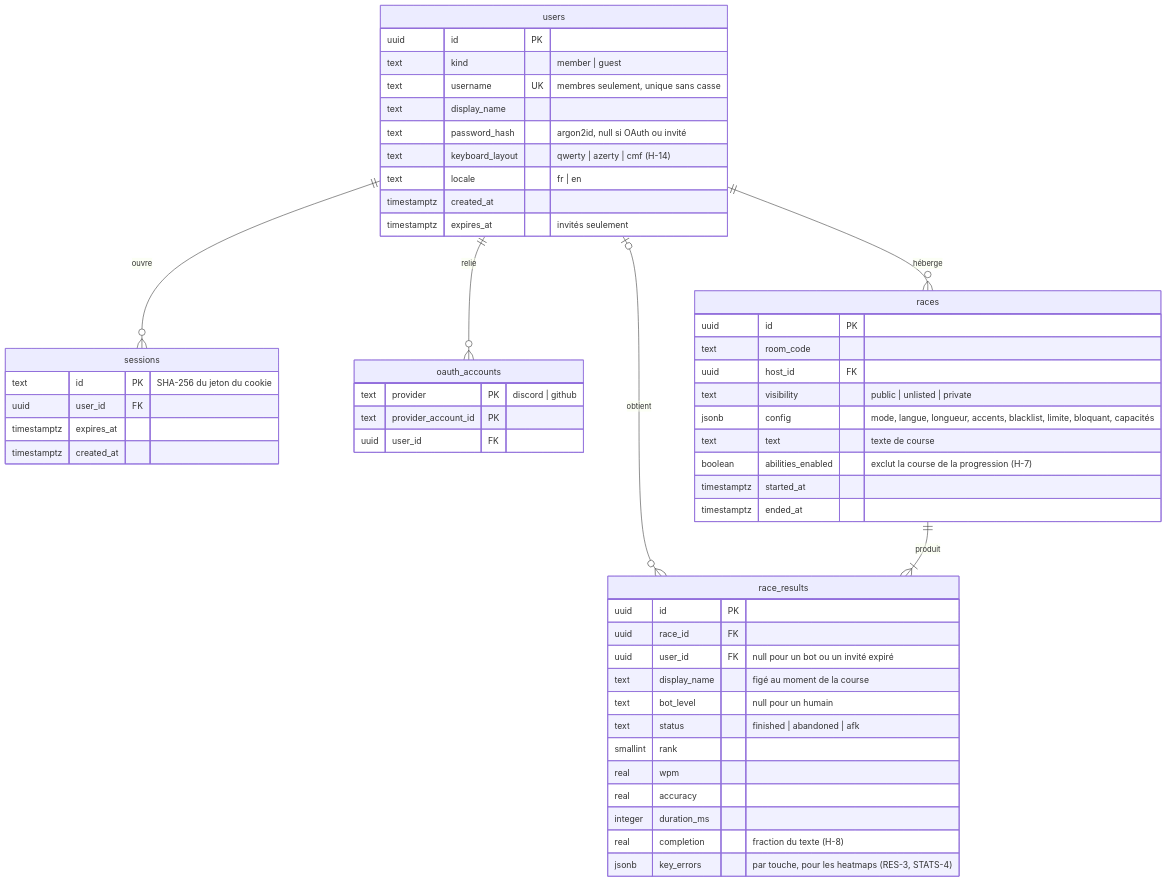
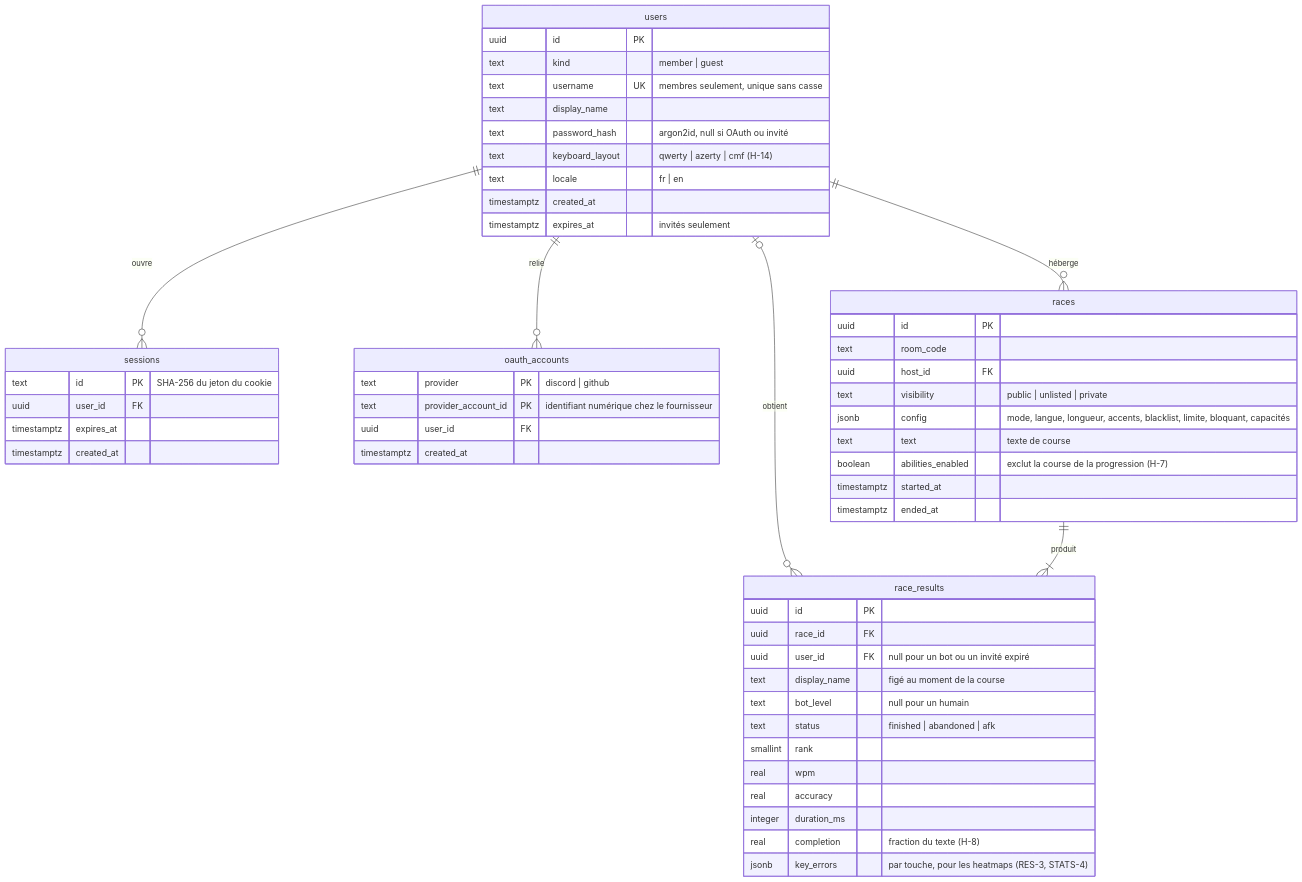
Before and after one commit to PatLeGrand/typio: the diagram in docs/architecture/modele-de-donnees.md, drawn with Mermaid. The commit also changed other lines of this file and 51 other files, not shown here.

````diff
--- a/docs/architecture/modele-de-donnees.md
+++ b/docs/architecture/modele-de-donnees.md
@@ -11,56 +11,57 @@
 ```mermaid
 erDiagram
   users ||--o{ sessions : "ouvre"
   users ||--o{ oauth_accounts : "relie"
   users ||--o{ races : "héberge"
   users |o--o{ race_results : "obtient"
   races ||--|{ race_results : "produit"
 
   users {
     uuid id PK
     text kind "member | guest"
     text username UK "membres seulement, unique sans casse"
     text display_name
     text password_hash "argon2id, null si OAuth ou invité"
     text keyboard_layout "qwerty | azerty | cmf (H-14)"
     text locale "fr | en"
     timestamptz created_at
     timestamptz expires_at "invités seulement"
   }
   sessions {
     text id PK "SHA-256 du jeton du cookie"
     uuid user_id FK
     timestamptz expires_at
     timestamptz created_at
   }
   oauth_accounts {
     text provider PK "discord | github"
-    text provider_account_id PK
+    text provider_account_id PK "identifiant numérique chez le fournisseur"
     uuid user_id FK
+    timestamptz created_at
   }
   races {
     uuid id PK
     text room_code
     uuid host_id FK
     text visibility "public | unlisted | private"
     jsonb config "mode, langue, longueur, accents, blacklist, limite, bloquant, capacités"
     text text "texte de course"
     boolean abilities_enabled "exclut la course de la progression (H-7)"
     timestamptz started_at
     timestamptz ended_at
   }
   race_results {
     uuid id PK
     uuid race_id FK
     uuid user_id FK "null pour un bot ou un invité expiré"
     text display_name "figé au moment de la course"
     text bot_level "null pour un humain"
     text status "finished | abandoned | afk"
     smallint rank
     real wpm
     real accuracy
     integer duration_ms
     real completion "fraction du texte (H-8)"
     jsonb key_errors "par touche, pour les heatmaps (RES-3, STATS-4)"
   }
 ```
````
